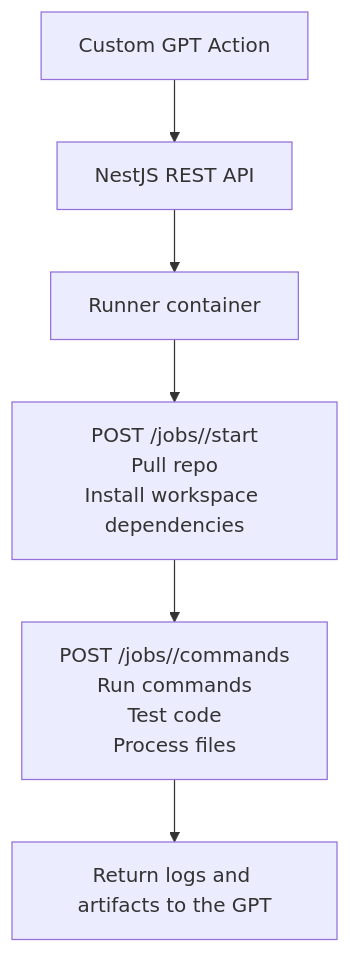
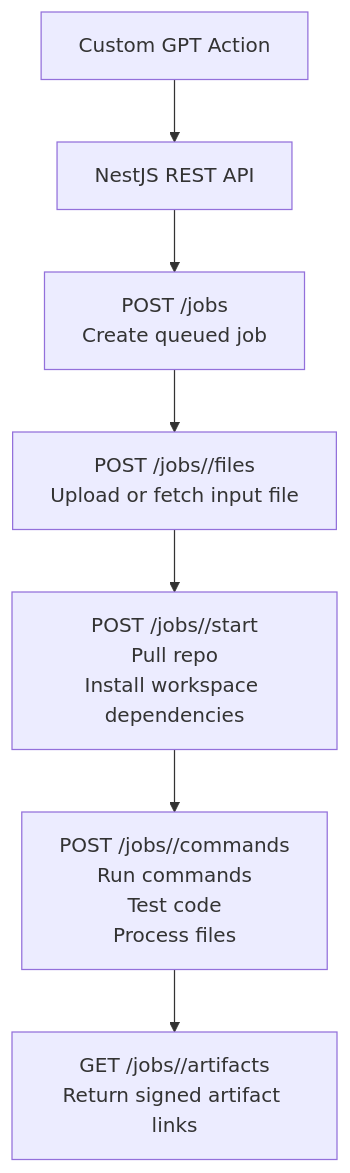
Before and after one commit to uhanku/gpt-runner: the diagram in README.md, drawn with Mermaid. The commit also changed other lines of this file and 35 other files, not shown here.

````diff
--- a/README.md
+++ b/README.md
@@ -81,8 +119,9 @@
 ```mermaid
 flowchart TD
     A[Custom GPT Action] --> B[NestJS REST API]
-    B --> C[Runner container]
-    C --> D[POST /jobs/<jobId>/start<br/>Pull repo<br/>Install workspace dependencies]
-    D --> E[POST /jobs/<jobId>/commands<br/>Run commands<br/>Test code<br/>Process files]
-    E --> F[Return logs and artifacts to the GPT]
+    B --> C[POST /jobs<br/>Create queued job]
+    C --> D[POST /jobs/<jobId>/files<br/>Upload or fetch input file]
+    D --> E[POST /jobs/<jobId>/start<br/>Pull repo<br/>Install workspace dependencies]
+    E --> F[POST /jobs/<jobId>/commands<br/>Run commands<br/>Test code<br/>Process files]
+    F --> G[GET /jobs/<jobId>/artifacts<br/>Return signed artifact links]
 ```
````
